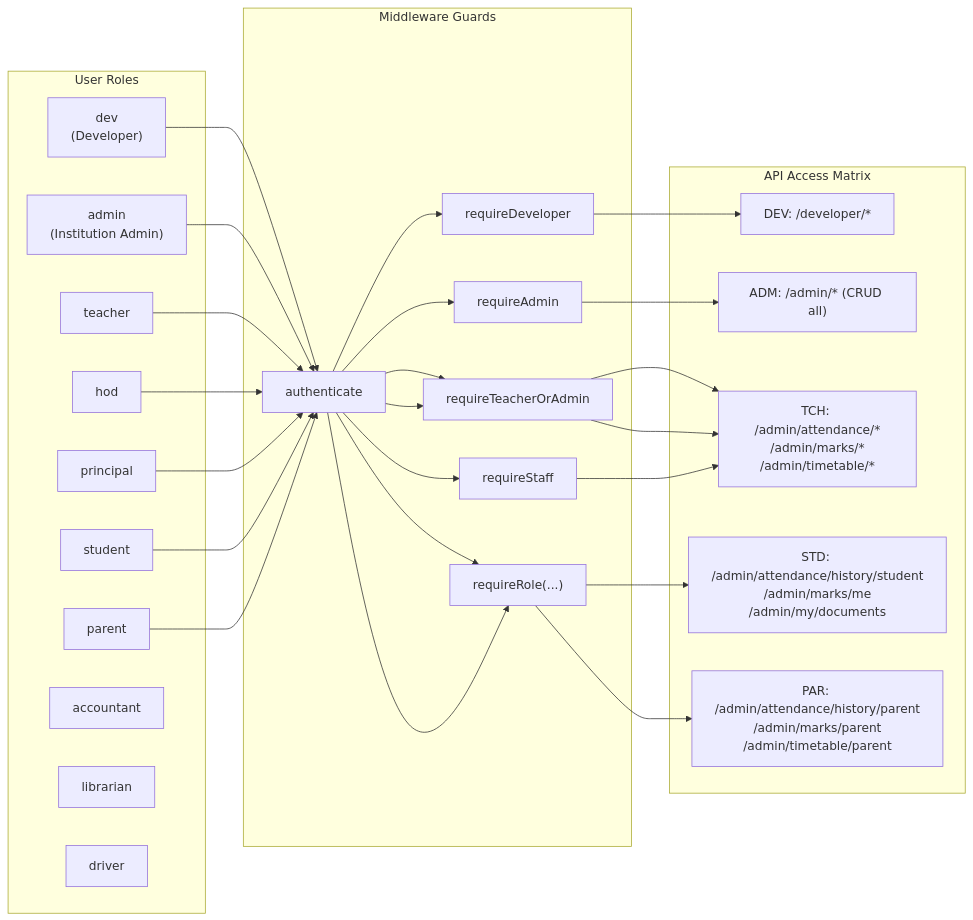
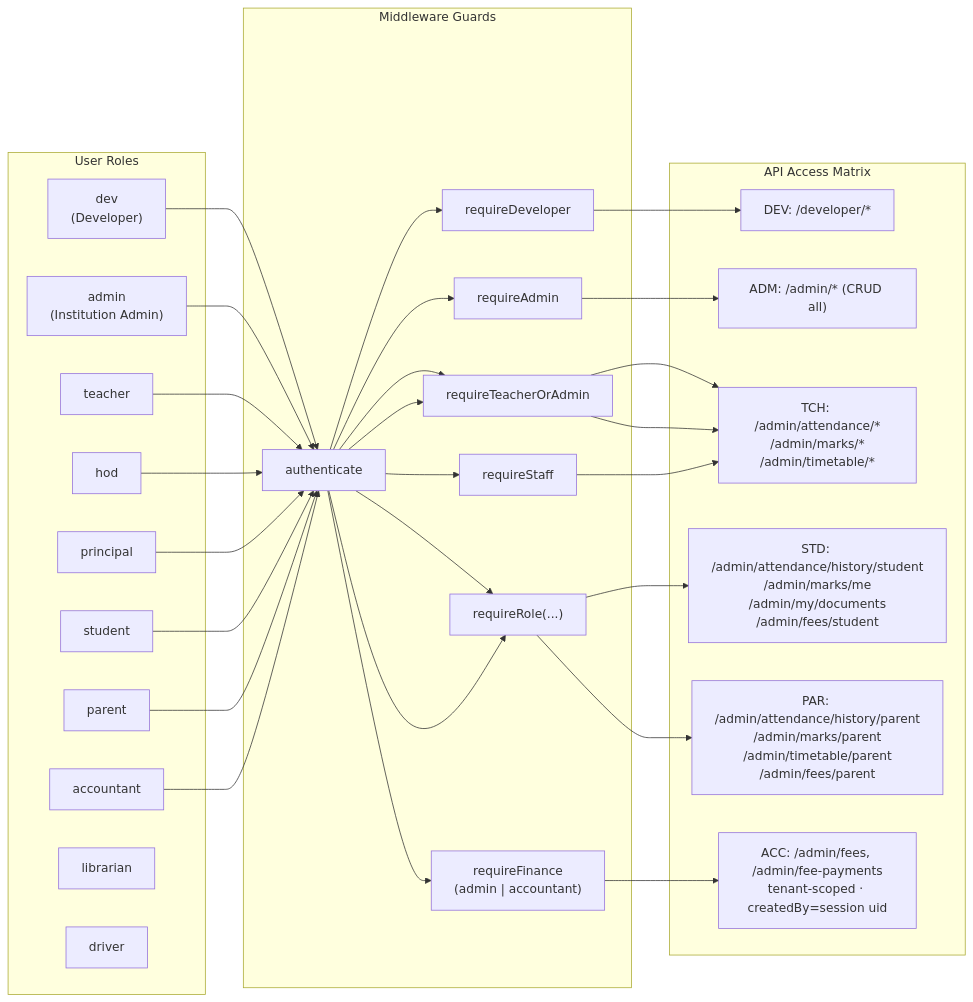
One commit to schoolsolutionfound/schoolerpsystem changed the fourth of 15 diagrams in ARCHITECTURE.md. Above: the diagram before and after it, drawn with Mermaid. The commit also changed other lines of this file and 186 other files, not shown here.

````diff
--- a/ARCHITECTURE.md
+++ b/ARCHITECTURE.md
@@ -385,40 +431,43 @@
 ```mermaid
 graph LR
     subgraph Roles["User Roles"]
         DEV["dev<br/>(Developer)"]
         ADM["admin<br/>(Institution Admin)"]
         TCH["teacher"]
         HOD["hod"]
         PRN["principal"]
         STD["student"]
         PAR["parent"]
         ACC["accountant"]
         LIB["librarian"]
         DRV["driver"]
     end
 
     subgraph Guards["Middleware Guards"]
         G1["authenticate"]
         G2["requireDeveloper"]
         G3["requireAdmin"]
         G4["requireTeacherOrAdmin"]
         G5["requireStaff"]
         G6["requireRole(...)"]
+        G7["requireFinance<br/>(admin | accountant)"]
     end
 
     subgraph Access["API Access Matrix"]
         A1["DEV: /developer/*"]
         A2["ADM: /admin/* (CRUD all)"]
         A3["TCH: /admin/attendance/*<br/>/admin/marks/*<br/>/admin/timetable/*"]
-        A4["STD: /admin/attendance/history/student<br/>/admin/marks/me<br/>/admin/my/documents"]
-        A5["PAR: /admin/attendance/history/parent<br/>/admin/marks/parent<br/>/admin/timetable/parent"]
+        A4["STD: /admin/attendance/history/student<br/>/admin/marks/me<br/>/admin/my/documents<br/>/admin/fees/student"]
+        A5["PAR: /admin/attendance/history/parent<br/>/admin/marks/parent<br/>/admin/timetable/parent<br/>/admin/fees/parent"]
+        A6["ACC: /admin/fees, /admin/fee-payments<br/>tenant-scoped · createdBy=session uid"]
     end
 
     DEV --> G1 --> G2 --> A1
     ADM --> G1 --> G3 --> A2
     TCH --> G1 --> G4 --> A3
     HOD --> G1 --> G4 --> A3
     PRN --> G1 --> G5 --> A3
     STD --> G1 --> G6 --> A4
     PAR --> G1 --> G6 --> A5
+    ACC --> G1 --> G7 --> A6
 ```
````
